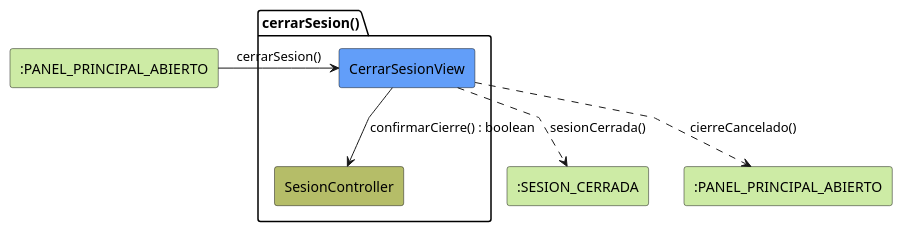
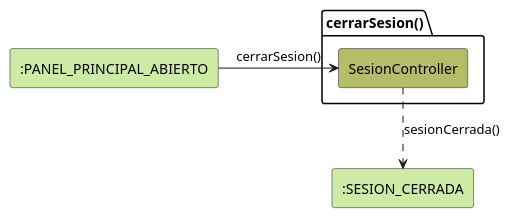
Before and after one commit to 31Diego/25-26-idsw2-sdVC: the diagram in modelosUML/analisis/coordinador/cerrarSesion.puml, drawn with PlantUML. The commit also changed 97 other files, not shown here.

Commit message:
fix: corregir análisis iniciarSesion y cerrarSesion; borrar artefactos de diseño, desarrollo y código

```diff
--- a/modelosUML/analisis/coordinador/cerrarSesion.puml
+++ b/modelosUML/analisis/coordinador/cerrarSesion.puml
@@ -1,21 +1,16 @@
 @startuml cerrarSesion-analisis
 skinparam linetype polyline
 
 rectangle #CDEBA5 ":PANEL_PRINCIPAL_ABIERTO" as PanelPrincipal
 
 package cerrarSesion as "cerrarSesion()" {
-    rectangle #629EF9 CerrarSesionView
     rectangle #b5bd68 SesionController
 }
 
 rectangle #CDEBA5 ":SESION_CERRADA" as SesionCerrada
-rectangle #CDEBA5 ":PANEL_PRINCIPAL_ABIERTO" as PanelPrincipalSalida
 
-PanelPrincipal -r-> CerrarSesionView: cerrarSesion()
+PanelPrincipal -r-> SesionController: cerrarSesion()
 
-CerrarSesionView -d-> SesionController: confirmarCierre() : boolean
-
-CerrarSesionView ..> SesionCerrada: sesionCerrada()
-CerrarSesionView ..> PanelPrincipalSalida: cierreCancelado()
+SesionController ..> SesionCerrada: sesionCerrada()
 
 @enduml
```
